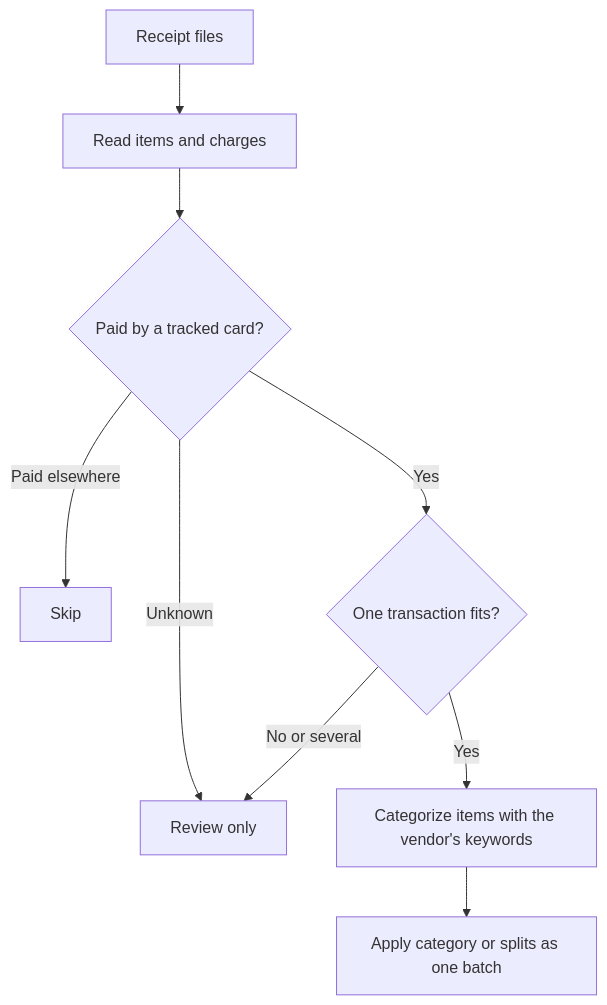
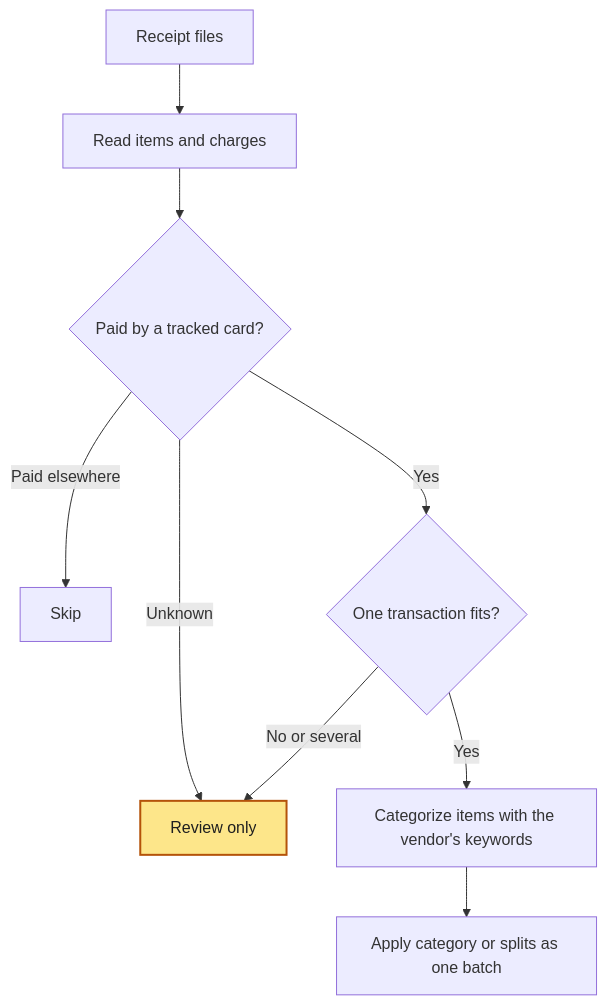
One commit to spinningyoyo/omsync changed the second of 2 diagrams in docs/architecture/receipts.md. Above: the diagram before and after it, drawn with Mermaid. The commit also changed other lines of this file and 337 other files, not shown here.

````diff
--- a/docs/architecture/receipts.md
+++ b/docs/architecture/receipts.md
@@ -20,11 +20,13 @@
 ```mermaid
 flowchart TD
     Files[Receipt files] --> Facts[Read items and charges]
     Facts --> Payer{Paid by a tracked card?}
     Payer -->|Paid elsewhere| Skip[Skip]
     Payer -->|Unknown| Review[Review only]
     Payer -->|Yes| Match{One transaction fits?}
     Match -->|No or several| Review
     Match -->|Yes| Items[Categorize items with the vendor's keywords]
     Items --> Apply[Apply category or splits as one batch]
+    class Review waits
+    classDef waits fill:#fde68a,stroke:#b45309,stroke-width:2px,color:#1f1f1f
 ```
````
